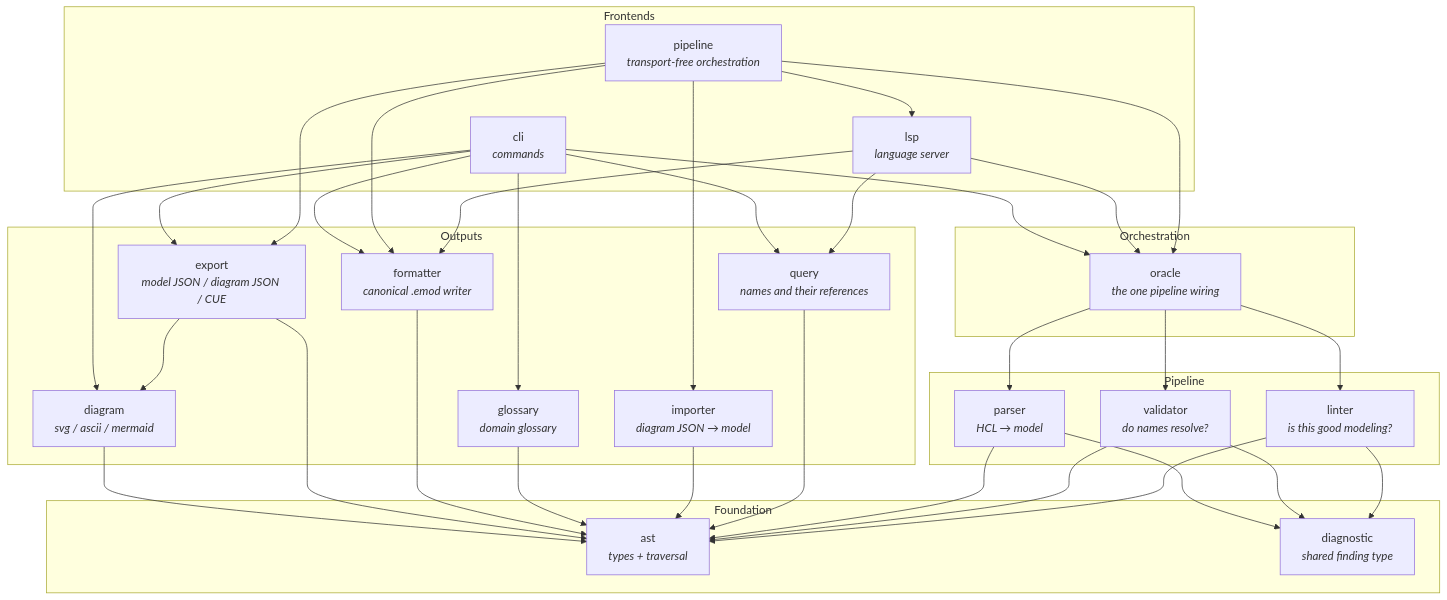
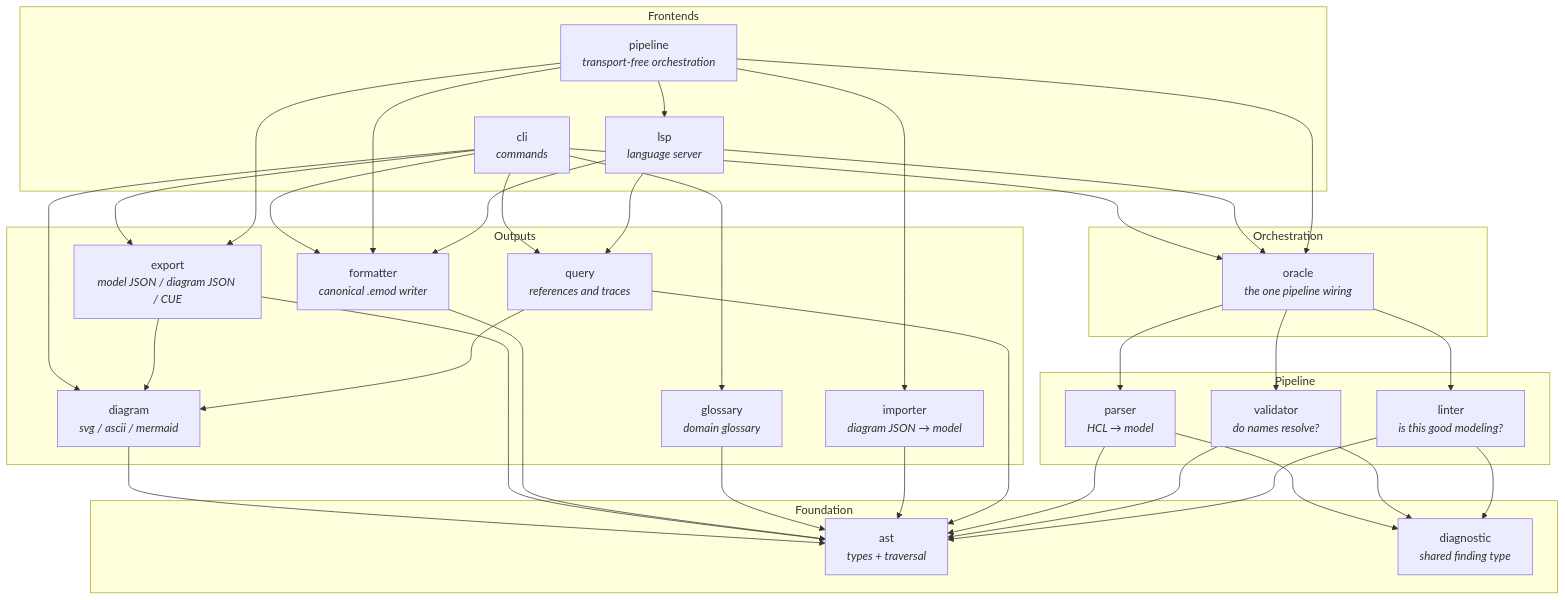
The first of 4 diagrams in docs/architecture.md (hpcsc/emod), drawn with Mermaid before and after one commit. The commit also changed other lines of this file and 7 other files, not shown here.

````diff
--- a/docs/architecture.md
+++ b/docs/architecture.md
@@ -30,66 +30,67 @@
 ```mermaid
 graph TD
     subgraph Frontends
         cli[cli<br/><i>commands</i>]
         lsp[lsp<br/><i>language server</i>]
         pipeline[pipeline<br/><i>transport-free orchestration</i>]
     end
 
     subgraph Orchestration
         oracle[oracle<br/><i>the one pipeline wiring</i>]
     end
 
     subgraph Outputs
         diagram[diagram<br/><i>svg / ascii / mermaid</i>]
         export[export<br/><i>model JSON / diagram JSON / CUE</i>]
         formatter[formatter<br/><i>canonical .emod writer</i>]
         glossary[glossary<br/><i>domain glossary</i>]
         importer[importer<br/><i>diagram JSON → model</i>]
-        query[query<br/><i>names and their references</i>]
+        query[query<br/><i>references and traces</i>]
     end
 
     subgraph Pipeline
         parser[parser<br/><i>HCL → model</i>]
         validator[validator<br/><i>do names resolve?</i>]
         linter[linter<br/><i>is this good modeling?</i>]
     end
 
     subgraph Foundation
         ast[ast<br/><i>types + traversal</i>]
         diagnostic[diagnostic<br/><i>shared finding type</i>]
     end
 
     cli --> oracle
     lsp --> oracle
     pipeline --> oracle
     cli --> diagram
     cli --> export
     cli --> formatter
     cli --> glossary
     cli --> query
     lsp --> query
     pipeline --> export
     pipeline --> importer
     pipeline --> formatter
     pipeline --> lsp
     lsp --> formatter
 
     oracle --> parser
     oracle --> validator
     oracle --> linter
 
     export --> diagram
     diagram --> ast
     export --> ast
     formatter --> ast
     glossary --> ast
     importer --> ast
     query --> ast
+    query --> diagram
 
     parser --> diagnostic
     parser --> ast
     validator --> ast
     linter --> ast
     validator --> diagnostic
     linter --> diagnostic
 ```
````
